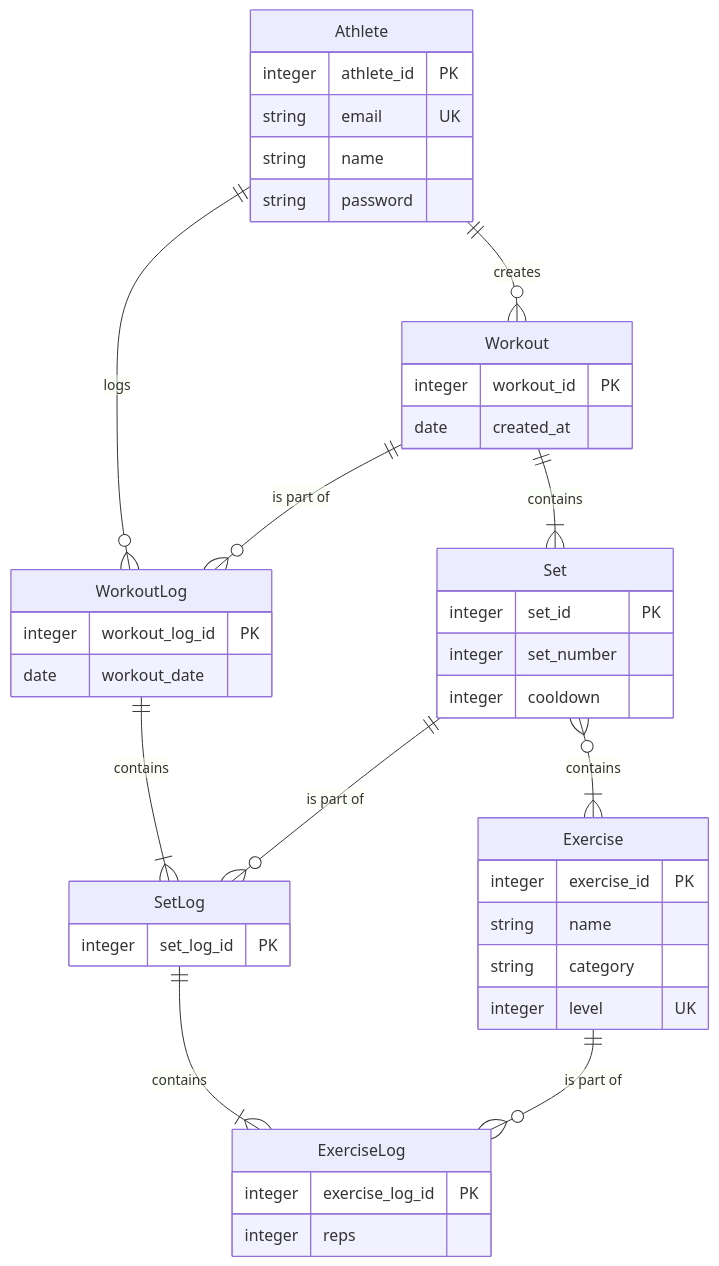
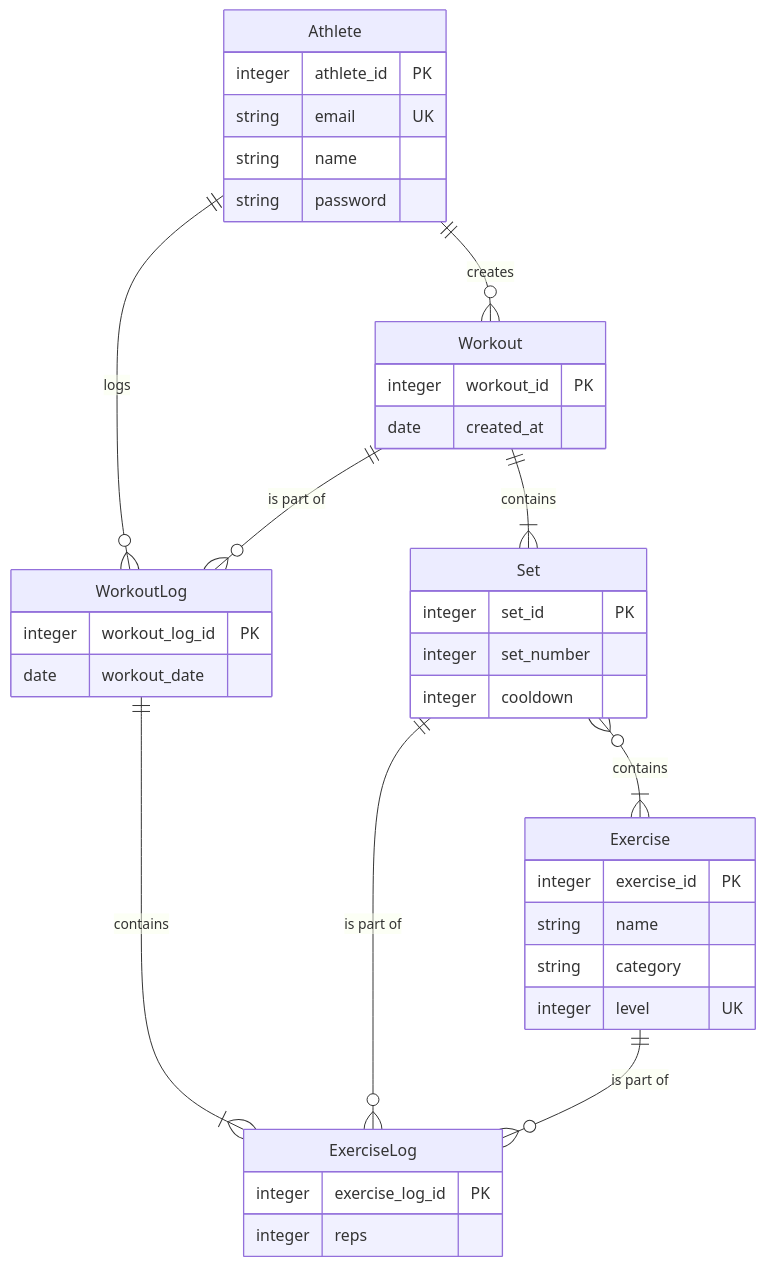
One commit to ITJohan/hiit-calisthenics changed the diagram in README.md. Above: the diagram before and after it, drawn with Mermaid. The commit also changed 1 other file, not shown here.

Commit message:
chore: remove set logs
Probably not needed

````diff
--- a/README.md
+++ b/README.md
@@ -7,45 +7,41 @@
 ```mermaid
 erDiagram
   Athlete {
     integer athlete_id PK
     string email UK
     string name
     string password
   }
   Workout {
     integer workout_id PK
     date created_at
   }
   Set {
     integer set_id PK
     integer set_number
     integer cooldown
   }
   Exercise {
     integer exercise_id PK
     string name
     string category
     integer level UK
   }
   WorkoutLog {
     integer workout_log_id PK
     date workout_date
   }
-  SetLog {
-    integer set_log_id PK
-  }
   ExerciseLog {
     integer exercise_log_id PK
     integer reps
   }
 
   Athlete ||--o{ Workout : "creates"
   Workout ||--|{ Set : "contains"
   Set }o--|{ Exercise : "contains"
   Athlete ||--o{ WorkoutLog : "logs"
   Workout ||--o{ WorkoutLog : "is part of"
-  WorkoutLog ||--|{ SetLog : "contains"
-  Set ||--o{ SetLog : "is part of"
-  SetLog ||--|{ ExerciseLog : "contains"
+  WorkoutLog ||--|{ ExerciseLog : "contains"
+  Set ||--o{ ExerciseLog : "is part of"
   Exercise ||--o{ ExerciseLog : "is part of"
 ```
````
